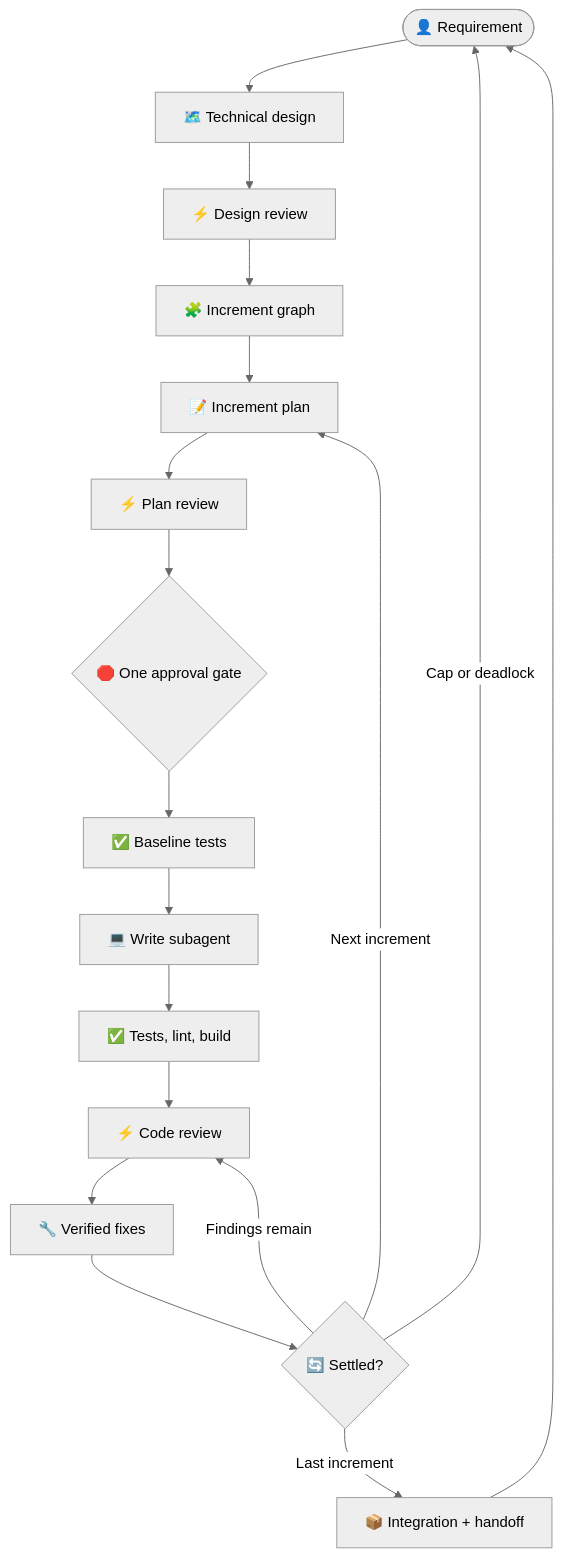
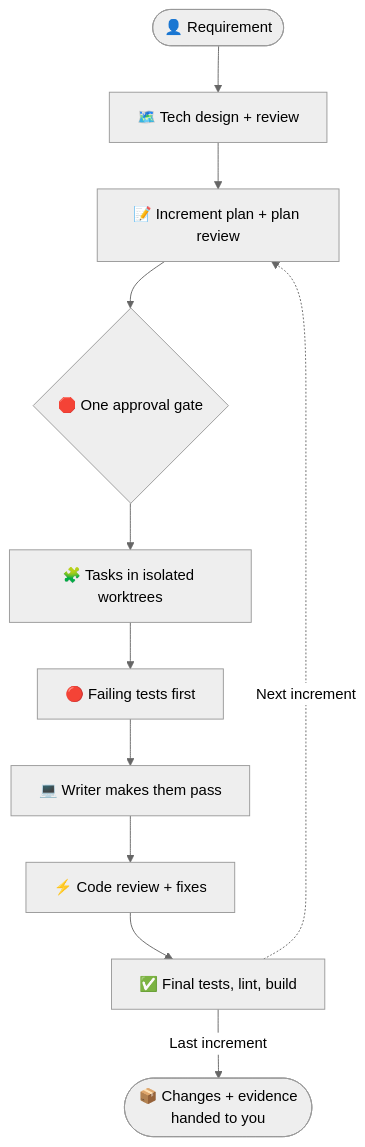
The diagram in README.md (Gyunikuchan/dispatch-skills), drawn with Mermaid (neutral theme) before and after one commit. The commit also changed 4 other files, not shown here.

First line of the commit message:
docs: simplify README diagram and label design steps as tech design

````diff
--- a/README.md
+++ b/README.md
@@ -24,20 +24,13 @@
 ```mermaid
 flowchart TD
-    User(["👤 Requirement"]) --> Design["🗺️ Technical design"]
-    Design --> DesignReview["⚡ Design review"]
-    DesignReview --> Increments["🧩 Increment graph"]
-    Increments --> Plan["📝 Increment plan"]
-    Plan --> PlanReview["⚡ Plan review"]
-    PlanReview --> Gate{"🛑 One approval gate"}
-    Gate --> Baseline["✅ Baseline tests"]
-    Baseline --> Implement["💻 Write subagent"]
-    Implement --> Verify["✅ Tests, lint, build"]
-    Verify --> CodeReview["⚡ Code review"]
-    CodeReview --> Fix["🔧 Verified fixes"]
-    Fix --> Consensus{"🔄 Settled?"}
-    Consensus -->|Findings remain| CodeReview
-    Consensus -->|Next increment| Plan
-    Consensus -->|Last increment| Integration["📦 Integration + handoff"]
-    Consensus -->|Cap or deadlock| User
-    Integration --> User
+    User(["👤 Requirement"]) --> Design["🗺️ Tech design + review"]
+    Design --> Plan["📝 Increment plan + plan review"]
+    Plan --> Gate{"🛑 One approval gate"}
+    Gate --> Tasks["🧩 Tasks in isolated worktrees"]
+    Tasks --> Red["🔴 Failing tests first"]
+    Red --> Green["💻 Writer makes them pass"]
+    Green --> CodeReview["⚡ Code review + fixes"]
+    CodeReview --> Final["✅ Final tests, lint, build"]
+    Final -.->|Next increment| Plan
+    Final -->|Last increment| Handoff(["📦 Changes + evidence<br/>handed to you"])
 ```
````
